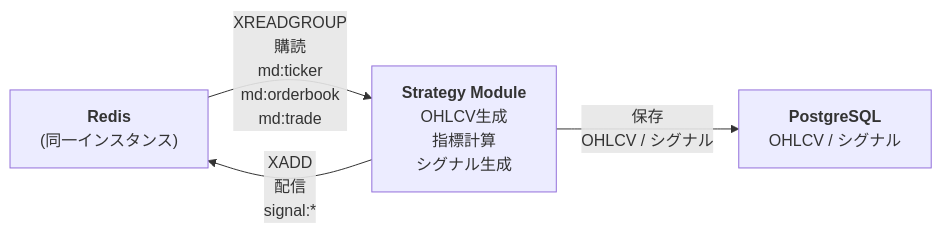
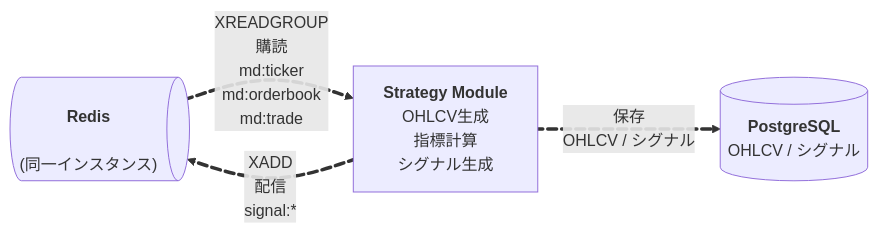
The diagram in docs/architecture/03_strategy_archi.md (kinmapping/alpha-market-engine), drawn with Mermaid before and after one commit. The commit also changed other lines of this file and 1 other file, not shown here.

Commit message:
docs(architecture): 📝 Mermaid図をflowchart構文に更新し、インターフェース名の変更を反映する
変更内容:
- 01_architecture.md: アーキテクチャ図をflowchart構文に更新
  - ノード形状の改善（cloud、cylinder、dashed）
  - エッジにアニメーション属性を追加
  - インポート例のインターフェース名を修正（i_ohlcv_repository）
- 03_strategy_archi.md: ストラテジーアーキテクチャ図をflowchart構文に更新
  - ノード形状の改善とアニメーション追加
  - インポート例のインターフェース名を修正

````diff
--- a/docs/architecture/03_strategy_archi.md
+++ b/docs/architecture/03_strategy_archi.md
@@ -46,10 +46,14 @@
 ```mermaid
-graph LR
-    Redis["<strong>Redis</strong><br/>(同一インスタンス)"]
+flowchart LR
+    Redis@{shape: das, label: "<br/><strong>Redis</strong><br/><br/>(同一インスタンス)"}
     Strategy["<strong>Strategy Module</strong><br/>OHLCV生成<br/>指標計算<br/>シグナル生成"]
-    DB["<strong>PostgreSQL</strong><br/>OHLCV / シグナル"]
+    DB[("<strong>PostgreSQL</strong><br/>OHLCV / シグナル")]
 
-    Redis -->|XREADGROUP<br/>購読<br/>md:ticker<br/>md:orderbook<br/>md:trade| Strategy
-    Strategy -->|XADD<br/>配信<br/>signal:*| Redis
-    Strategy -->|保存<br/>OHLCV / シグナル| DB
+    Redis e1@==>|XREADGROUP<br/>購読<br/>md:ticker<br/>md:orderbook<br/>md:trade| Strategy
+    Strategy e2@==>|XADD<br/>配信<br/>signal:*| Redis
+    Strategy e3@==>|保存<br/>OHLCV / シグナル| DB
+
+    e1@{ animate: true }
+    e2@{ animate: true }
+    e3@{ animate: true }
 ```
````
